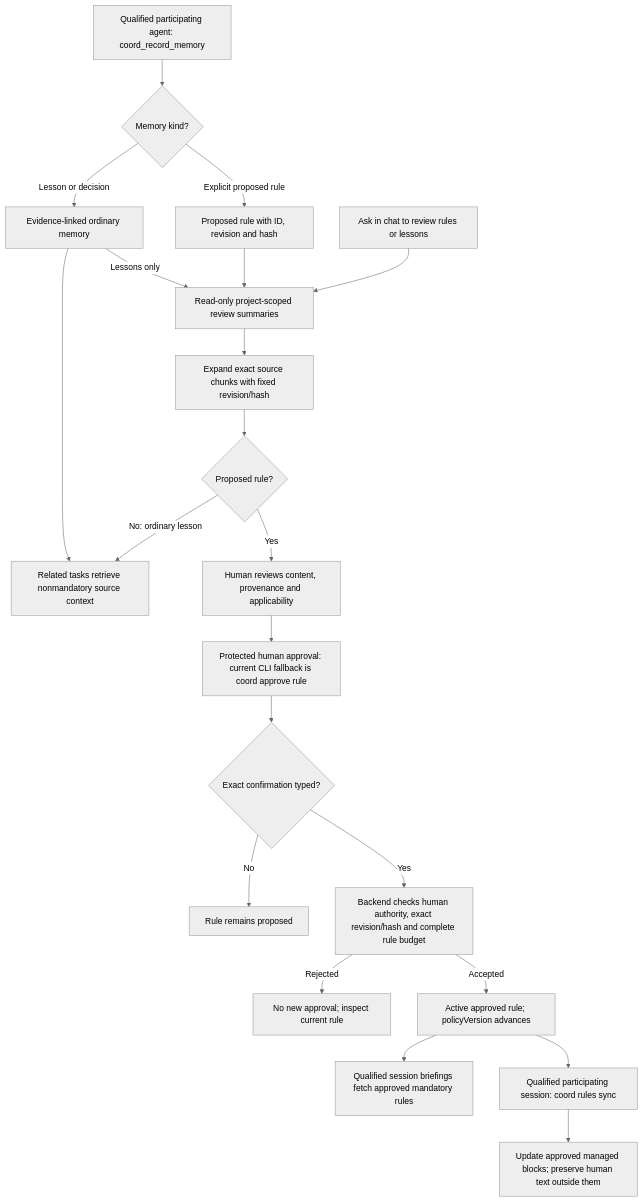
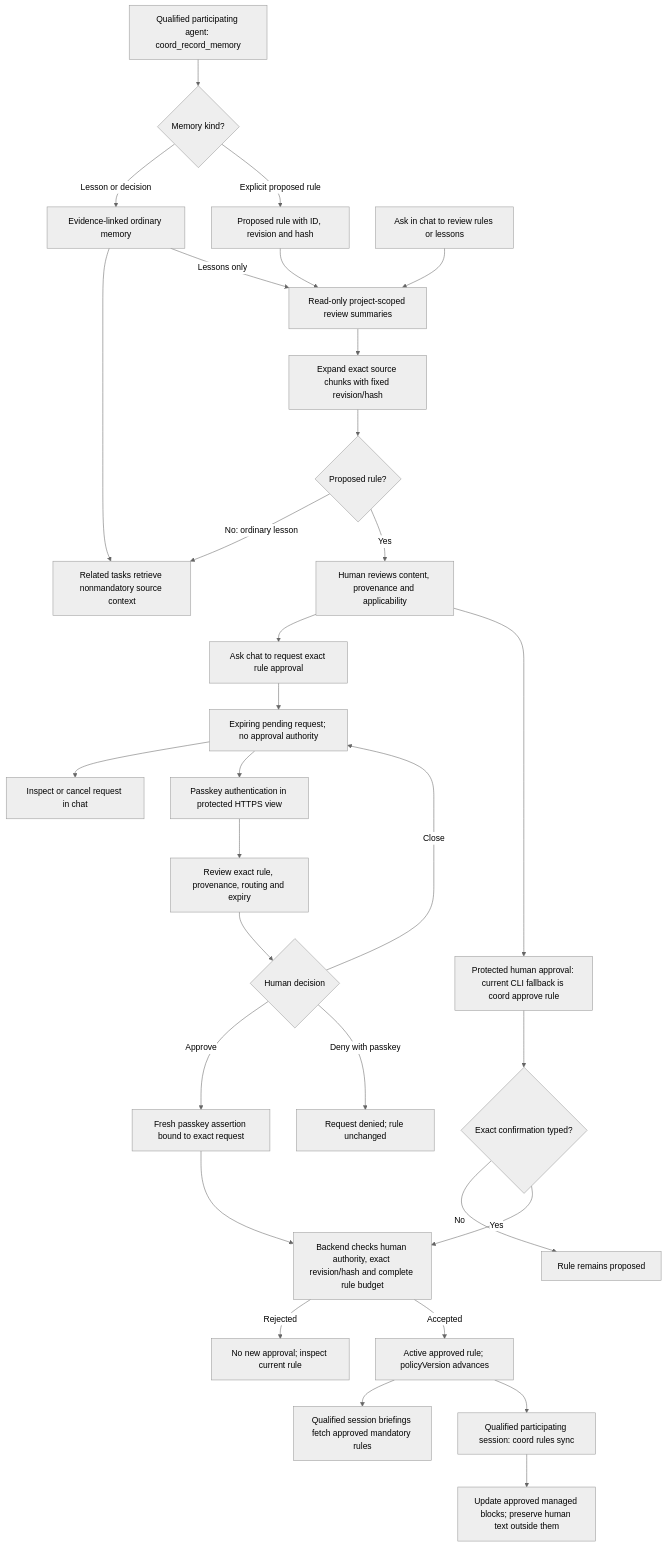
Before and after one commit to johntimothybailey/coord: the diagram in README.md, drawn with Mermaid (neutral theme). The commit also changed other lines of this file and 21 other files, not shown here.

````diff
--- a/README.md
+++ b/README.md
@@ -37,23 +39,33 @@
 ```mermaid
 flowchart TD
     A["Qualified participating agent: coord_record_memory"] --> K{"Memory kind?"}
     K -->|Lesson or decision| L["Evidence-linked ordinary memory"]
     L --> C["Related tasks retrieve nonmandatory source context"]
     K -->|Explicit proposed rule| P["Proposed rule with ID, revision and hash"]
     Q["Ask in chat to review rules or lessons"] --> V["Read-only project-scoped review summaries"]
     P --> V
     L -->|Lessons only| V
     V --> X["Expand exact source chunks with fixed revision/hash"]
     X --> J{"Proposed rule?"}
     J -->|No: ordinary lesson| C
     J -->|Yes| H["Human reviews content, provenance and applicability"]
+    H --> AR["Ask chat to request exact rule approval"]
+    AR --> RQ["Expiring pending request; no approval authority"]
+    RQ --> SC["Inspect or cancel request in chat"]
+    RQ --> AA["Passkey authentication in protected HTTPS view"]
+    AA --> RV["Review exact rule, provenance, routing and expiry"]
+    RV --> HD{"Human decision"}
+    HD -->|Approve| PV["Fresh passkey assertion bound to exact request"]
+    PV --> B
+    HD -->|Deny with passkey| DN["Request denied; rule unchanged"]
+    HD -->|Close| RQ
     H --> T["Protected human approval: current CLI fallback is coord approve rule"]
     T --> D{"Exact confirmation typed?"}
     D -->|No| N["Rule remains proposed"]
     D -->|Yes| B["Backend checks human authority, exact revision/hash and complete rule budget"]
     B -->|Rejected| E["No new approval; inspect current rule"]
     B -->|Accepted| R["Active approved rule; policyVersion advances"]
     R --> F["Qualified session briefings fetch approved mandatory rules"]
     R --> S["Qualified participating session: coord rules sync"]
     S --> W["Update approved managed blocks; preserve human text outside them"]
 ```
````
